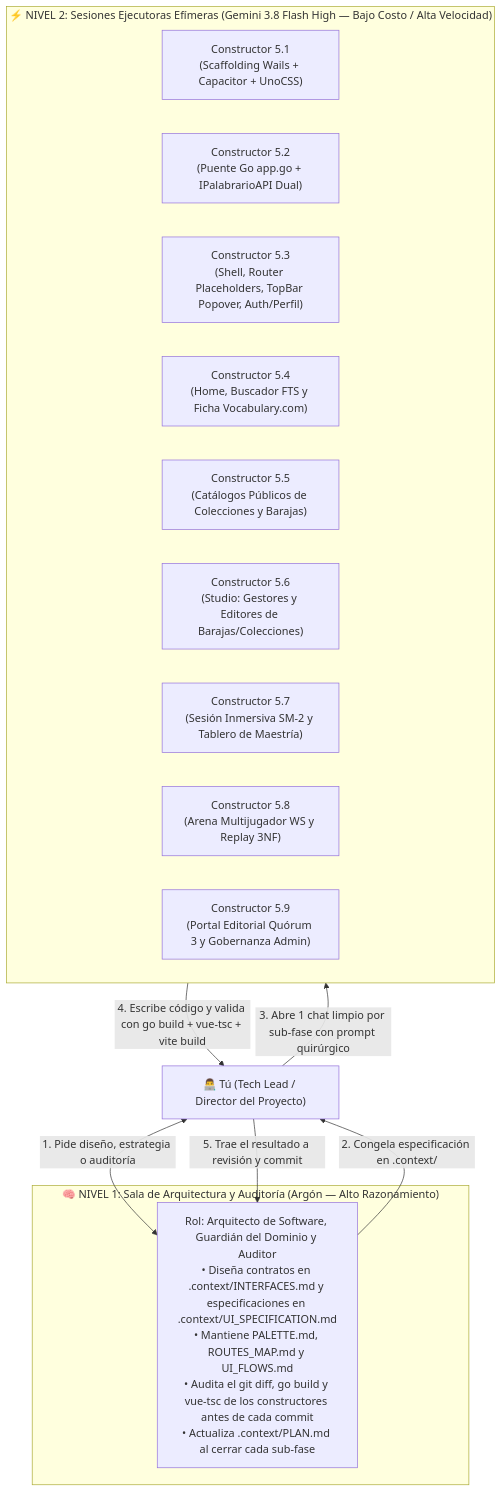
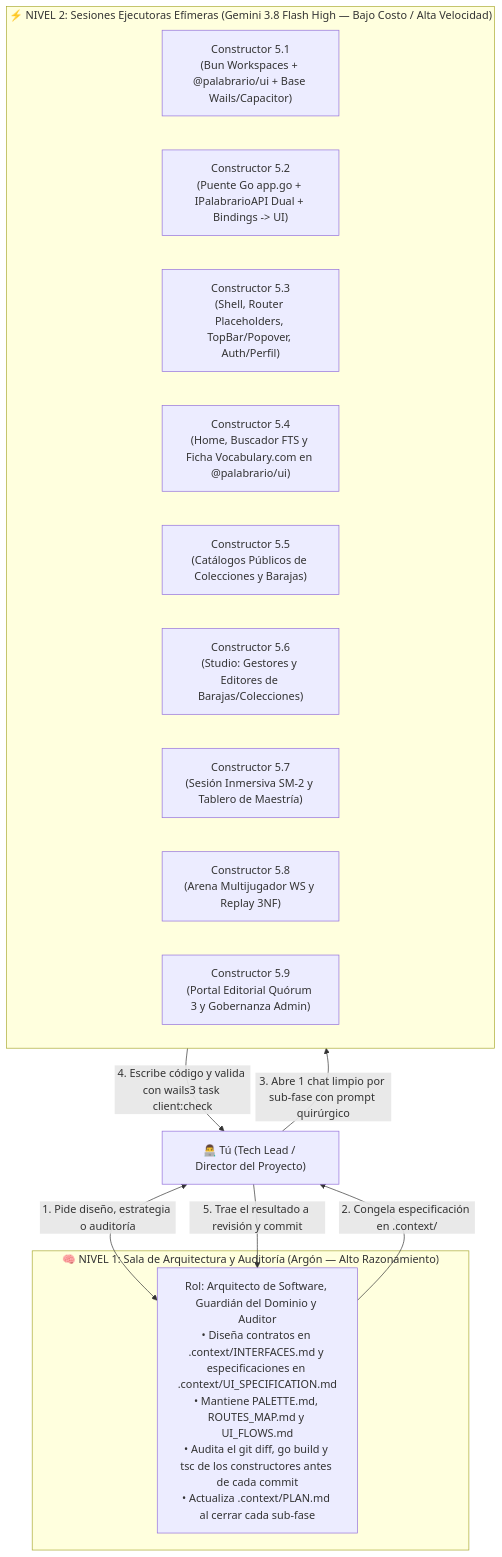
One commit to OGShawnLee/palabrario changed the diagram in AGENT_WORKFLOW.md. Above: the diagram before and after it, drawn with Mermaid. The commit also changed other lines of this file and 4 other files, not shown here.

Commit message:
docs(arch): formalize @palabrario/ui monorepo, @bindings alias and Phase 6 web roadmap

````diff
--- a/AGENT_WORKFLOW.md
+++ b/AGENT_WORKFLOW.md
@@ -37,26 +37,26 @@
 ```mermaid
 flowchart TD
     Lead["👨‍💻 Tú (Tech Lead / Director del Proyecto)"]
 
     subgraph Tier1["🧠 NIVEL 1: Sala de Arquitectura y Auditoría (Argón — Alto Razonamiento)"]
-        Architect["Rol: Arquitecto de Software, Guardián del Dominio y Auditor\n• Diseña contratos en .context/INTERFACES.md y especificaciones en .context/UI_SPECIFICATION.md\n• Mantiene PALETTE.md, ROUTES_MAP.md y UI_FLOWS.md\n• Audita el git diff, go build y vue-tsc de los constructores antes de cada commit\n• Actualiza .context/PLAN.md al cerrar cada sub-fase"]
+        Architect["Rol: Arquitecto de Software, Guardián del Dominio y Auditor\n• Diseña contratos en .context/INTERFACES.md y especificaciones en .context/UI_SPECIFICATION.md\n• Mantiene PALETTE.md, ROUTES_MAP.md y UI_FLOWS.md\n• Audita el git diff, go build y tsc de los constructores antes de cada commit\n• Actualiza .context/PLAN.md al cerrar cada sub-fase"]
     end
 
     subgraph Tier2["⚡ NIVEL 2: Sesiones Ejecutoras Efímeras (Gemini 3.8 Flash High — Bajo Costo / Alta Velocidad)"]
-        B51["Constructor 5.1\n(Scaffolding Wails + Capacitor + UnoCSS)"]
-        B52["Constructor 5.2\n(Puente Go app.go + IPalabrarioAPI Dual)"]
-        B53["Constructor 5.3\n(Shell, Router Placeholders, TopBar Popover, Auth/Perfil)"]
-        B54["Constructor 5.4\n(Home, Buscador FTS y Ficha Vocabulary.com)"]
+        B51["Constructor 5.1\n(Bun Workspaces + @palabrario/ui + Base Wails/Capacitor)"]
+        B52["Constructor 5.2\n(Puente Go app.go + IPalabrarioAPI Dual + Bindings -> UI)"]
+        B53["Constructor 5.3\n(Shell, Router Placeholders, TopBar/Popover, Auth/Perfil)"]
+        B54["Constructor 5.4\n(Home, Buscador FTS y Ficha Vocabulary.com en @palabrario/ui)"]
         B55["Constructor 5.5\n(Catálogos Públicos de Colecciones y Barajas)"]
         B56["Constructor 5.6\n(Studio: Gestores y Editores de Barajas/Colecciones)"]
         B57["Constructor 5.7\n(Sesión Inmersiva SM-2 y Tablero de Maestría)"]
         B58["Constructor 5.8\n(Arena Multijugador WS y Replay 3NF)"]
         B59["Constructor 5.9\n(Portal Editorial Quórum 3 y Gobernanza Admin)"]
     end
 
     Lead <-->|"1. Pide diseño, estrategia o auditoría"| Architect
     Architect -->|"2. Congela especificación en .context/"| Lead
     Lead -->|"3. Abre 1 chat limpio por sub-fase con prompt quirúrgico"| Tier2
-    Tier2 -->|"4. Escribe código y valida con go build + vue-tsc + vite build"| Lead
+    Tier2 -->|"4. Escribe código y valida con wails3 task client:check"| Lead
     Lead -->|"5. Trae el resultado a revisión y commit"| Architect
 ```
````
